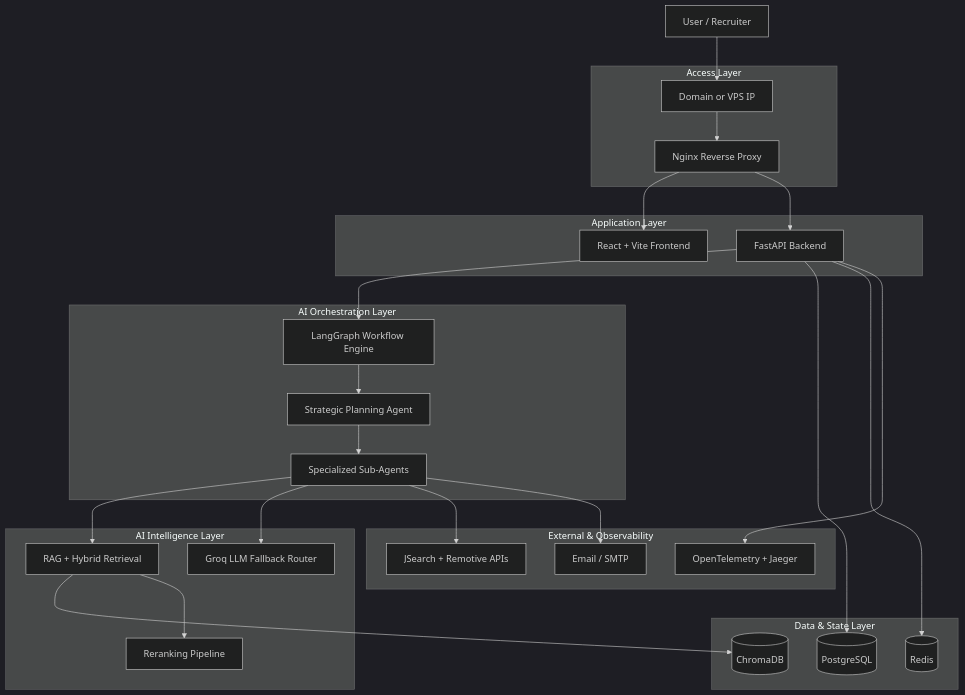
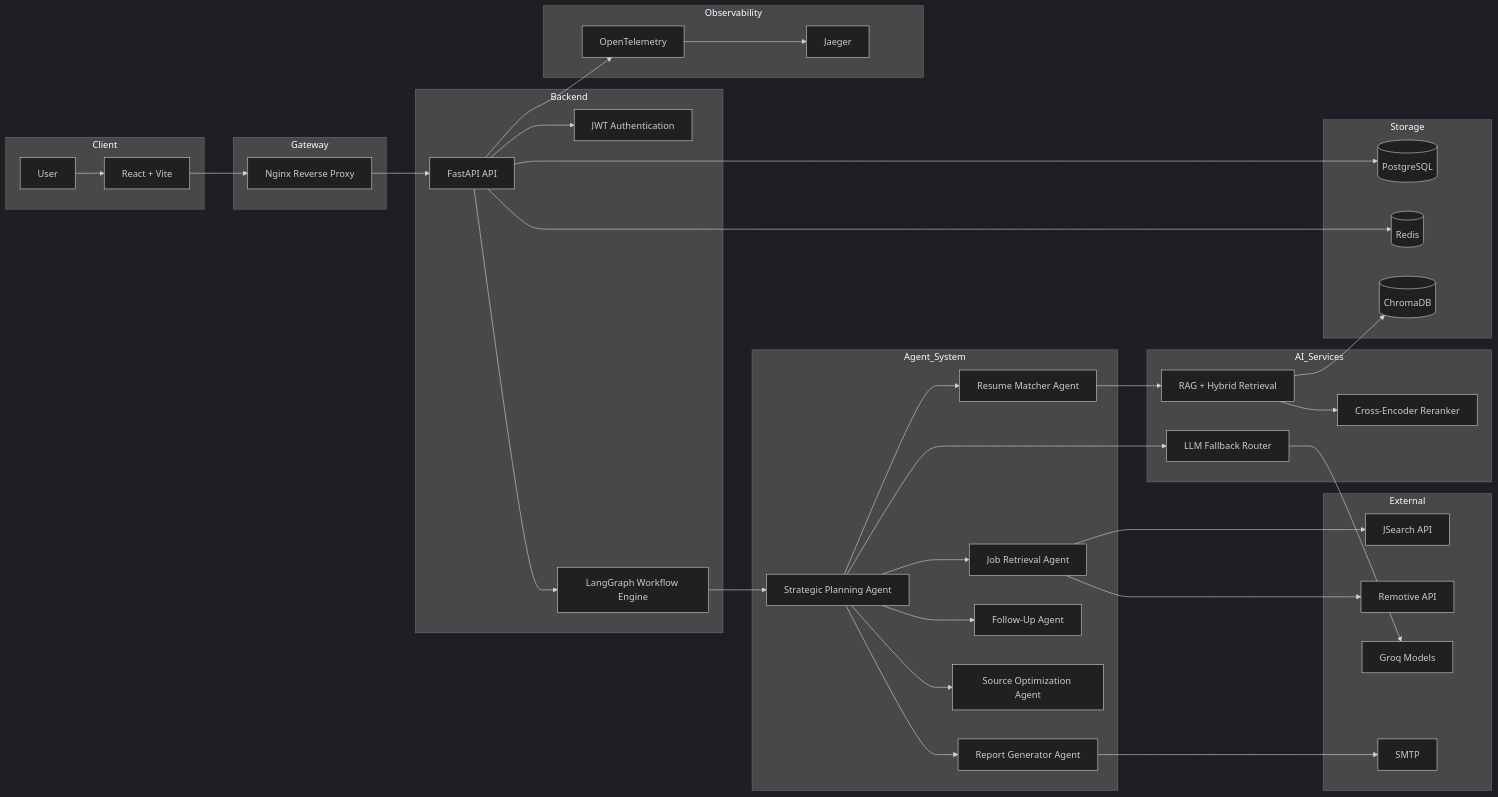
Before and after one commit to umerfayaz/AI-Job-Career-Operating-system: the first of 2 diagrams in README.md, drawn with Mermaid (dark theme).

````diff
--- a/README.md
+++ b/README.md
@@ -196,56 +196,84 @@
 ```mermaid
-flowchart TB
+flowchart LR
 
-U[User / Recruiter]
-
-subgraph L1["Access Layer"]
-D[Domain or VPS IP]
-N[Nginx Reverse Proxy]
+subgraph Client
+    U[User]
+    FE[React + Vite]
 end
 
-subgraph L2["Application Layer"]
-FE[React + Vite Frontend]
-API[FastAPI Backend]
+subgraph Gateway
+    N[Nginx Reverse Proxy]
 end
 
-subgraph L3["AI Orchestration Layer"]
-LG[LangGraph Workflow Engine]
-SA[Strategic Planning Agent]
-MA[Specialized Sub-Agents]
+subgraph Backend
+    API[FastAPI API]
+    AUTH[JWT Authentication]
+    LG[LangGraph Workflow Engine]
 end
 
-subgraph L4["AI Intelligence Layer"]
-RAG[RAG + Hybrid Retrieval]
-RR[Reranking Pipeline]
-LLM[Groq LLM Fallback Router]
+subgraph Agent_System
+    SP[Strategic Planning Agent]
+    JR[Job Retrieval Agent]
+    RM[Resume Matcher Agent]
+    RG[Report Generator Agent]
+    FU[Follow-Up Agent]
+    SO[Source Optimization Agent]
 end
 
-subgraph L5["Data & State Layer"]
-PG[(PostgreSQL)]
-RD[(Redis)]
-CH[(ChromaDB)]
+subgraph AI_Services
+    ROUTER[LLM Fallback Router]
+    RET[RAG + Hybrid Retrieval]
+    RR[Cross-Encoder Reranker]
 end
 
-subgraph L6["External & Observability"]
-JOBS[JSearch + Remotive APIs]
-SMTP[Email / SMTP]
-OBS[OpenTelemetry + Jaeger]
+subgraph Storage
+    PG[(PostgreSQL)]
+    RD[(Redis)]
+    CH[(ChromaDB)]
 end
 
-U --> D
-D --> N
-N --> FE
+subgraph External
+    JS[JSearch API]
+    RE[Remotive API]
+    GROQ[Groq Models]
+    SMTP[SMTP]
+end
+
+subgraph Observability
+    OTEL[OpenTelemetry]
+    JAEGER[Jaeger]
+end
+
+U --> FE
+FE --> N
 N --> API
+
+API --> AUTH
 API --> LG
+
+LG --> SP
+
+SP --> JR
+SP --> RM
+SP --> RG
+SP --> FU
+SP --> SO
+
+JR --> JS
+JR --> RE
+
+RM --> RET
+RET --> RR
+RET --> CH
+
+SP --> ROUTER
+ROUTER --> GROQ
+
 API --> PG
 API --> RD
-LG --> SA
-SA --> MA
-MA --> RAG
-RAG --> CH
-RAG --> RR
-MA --> LLM
-MA --> JOBS
-MA --> SMTP
-API --> OBS
+
+RG --> SMTP
+
+API --> OTEL
+OTEL --> JAEGER
 ```
````
